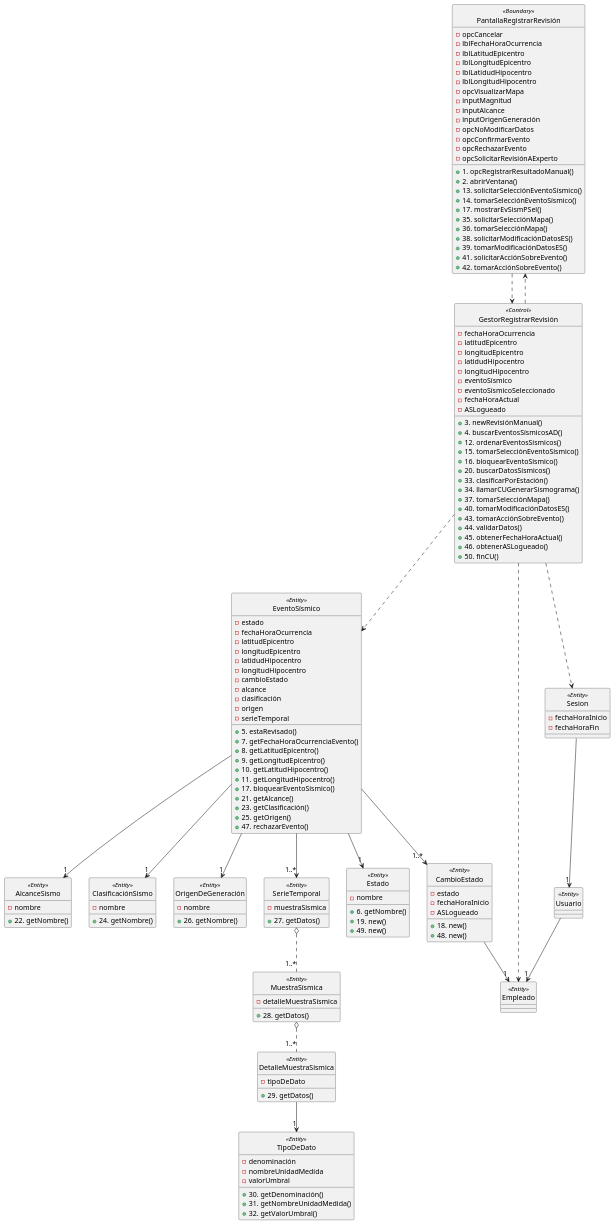
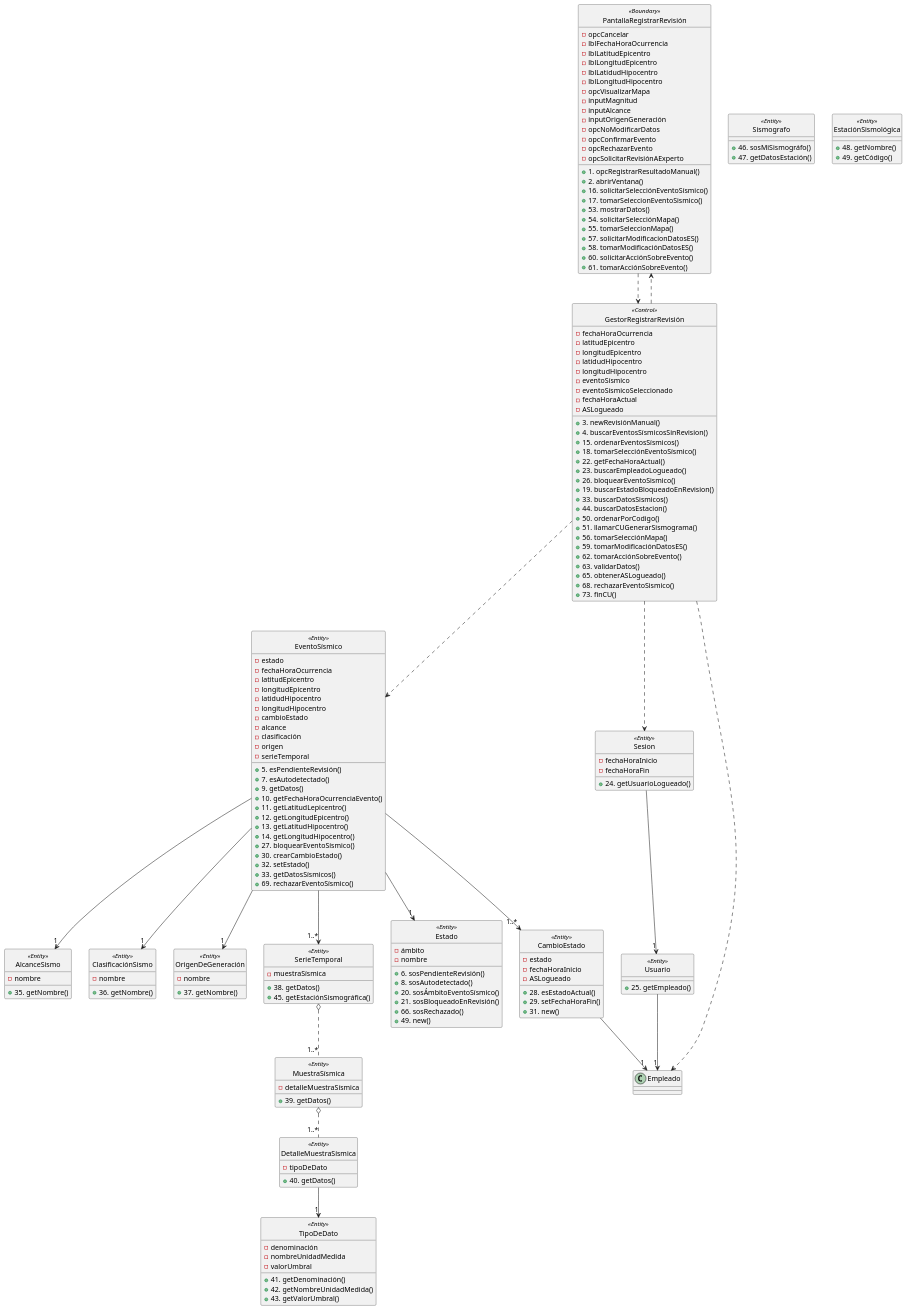
The third of 3 diagrams in diagramas/Diagramas.plantuml (ciggyx/TPI-Grupo7), drawn with PlantUML before and after one commit. The commit also changed other lines of this file, not shown here.

```diff
--- a/diagramas/Diagramas.plantuml
+++ b/diagramas/Diagramas.plantuml
@@ -276,165 +159,195 @@
 @startuml Parte_Estática_CU_23
 hide <<Entity>> circle
 hide <<Boundary>> circle
 hide <<Control>> circle
 class PantallaRegistrarRevisión<<Boundary>>{
     - opcCancelar
     - lblFechaHoraOcurrencia
     - lblLatitudEpicentro
     - lblLongitudEpicentro
     - lblLatidudHipocentro
     - lblLongitudHipocentro
     - opcVisualizarMapa
     - inputMagnitud
     - inputAlcance
     - inputOrigenGeneración
     - opcNoModificarDatos
     - opcConfirmarEvento
     - opcRechazarEvento
     - opcSolicitarRevisiónAExperto
     + 1. opcRegistrarResultadoManual()
     + 2. abrirVentana()
-    + 13. solicitarSelecciónEventoSísmico()
-    + 14. tomarSelecciónEventoSísmico()
-    + 17. mostrarEvSismPSel()
-    + 35. solicitarSelecciónMapa()
-    + 36. tomarSelecciónMapa()
-    + 38. solicitarModificaciónDatosES()
-    + 39. tomarModificaciónDatosES()
-    + 41. solicitarAcciónSobreEvento()
-    + 42. tomarAcciónSobreEvento()
+    + 16. solicitarSelecciónEventoSísmico()
+    + 17. tomarSeleccionEventoSismico()
+    + 53. mostrarDatos()
+    + 54. solicitarSelecciónMapa()
+    + 55. tomarSeleccionMapa()
+    + 57. solicitarModificacionDatosES()
+    + 58. tomarModificaciónDatosES()
+    + 60. solicitarAcciónSobreEvento()
+    + 61. tomarAcciónSobreEvento()
 }
+
 class GestorRegistrarRevisión<<Control>>{
     - fechaHoraOcurrencia
     - latitudEpicentro
     - longitudEpicentro
     - latidudHipocentro
     - longitudHipocentro
     - eventoSísmico
     - eventoSísmicoSeleccionado
     - fechaHoraActual
     - ASLogueado
     + 3. newRevisiónManual()
-    + 4. buscarEventosSísmicosAD()
-    + 12. ordenarEventosSísmicos()
-    + 15. tomarSelecciónEventoSísmico()
-    + 16. bloquearEventoSísmico()
-    + 20. buscarDatosSísmicos()
-    + 33. clasificarPorEstación()
-    + 34. llamarCUGenerarSismograma()
-    + 37. tomarSelecciónMapa()
-    + 40. tomarModificaciónDatosES()
-    + 43. tomarAcciónSobreEvento()
-    + 44. validarDatos()
-    + 45. obtenerFechaHoraActual()
-    + 46. obtenerASLogueado()
-    + 50. finCU()
+    + 4. buscarEventosSísmicosSinRevision()
+    + 15. ordenarEventosSísmicos()
+    + 18. tomarSelecciónEventoSísmico()
+    + 22. getFechaHoraActual()
+    + 23. buscarEmpleadoLogueado()
+    + 26. bloquearEventoSismico()
+    + 19. buscarEstadoBloqueadoEnRevision()
+    + 33. buscarDatosSismicos()
+    + 44. buscarDatosEstacion()
+    + 50. ordenarPorCodigo() 
+    + 51. llamarCUGenerarSismograma()
+    + 56. tomarSelecciónMapa()
+    + 59. tomarModificaciónDatosES()
+    + 62. tomarAcciónSobreEvento()
+    + 63. validarDatos()
+    + 65. obtenerASLogueado()
+    + 68. rechazarEventoSismico()
+    + 73. finCU()
 }
+
 class EventoSísmico<<Entity>>{
     - estado
     - fechaHoraOcurrencia
     - latitudEpicentro
     - longitudEpicentro
     - latidudHipocentro
     - longitudHipocentro
     - cambioEstado
     - alcance
     - clasificación
     - origen
     - serieTemporal
-    + 5. estaRevisado()
-    + 7. getFechaHoraOcurrenciaEvento()
-    + 8. getLatitudEpicentro()
-    + 9. getLongitudEpicentro()
-    + 10. getLatitudHipocentro()
-    + 11. getLongitudHipocentro()
-    + 17. bloquearEventoSísmico()
-    + 21. getAlcance()
-    + 23. getClasificación()
-    + 25. getOrigen()
-    + 47. rechazarEvento()
+    + 5. esPendienteRevisión()
+    + 7. esAutodetectado()
+    + 9. getDatos()
+    + 10. getFechaHoraOcurrenciaEvento()
+    + 11. getLatitudLepicentro()
+    + 12. getLongitudEpicentro()
+    + 13. getLatitudHipocentro()
+    + 14. getLongitudHipocentro()
+    + 27. bloquearEventoSísmico()
+    + 30. crearCambioEstado()
+    + 32. setEstado()
+    + 33. getDatosSísmicos()
+    + 69. rechazarEventoSísmico()
 }
+
 class Estado<<Entity>>{
+    - ámbito
     - nombre
-    + 6. getNombre()
-    + 19. new()
+    + 6. sosPendienteRevisión()
+    + 8. sosAutodetectado()
+    + 20. sosÁmbitoEventoSísmico()
+    + 21. sosBloqueadoEnRevisión()
+    + 66. sosRechazado()
     + 49. new()
 }
+
 class CambioEstado<<Entity>>{
     - estado
     - fechaHoraInicio
     - ASLogueado
-    + 18. new()
-    + 48. new()
+    + 28. esEstadoActual()
+    + 29. setFechaHoraFin()
+    + 31. new()
 }
+
 class AlcanceSismo<<Entity>>{
     - nombre
-    + 22. getNombre()
+    + 35. getNombre()
 }
+
 class ClasificaciónSismo<<Entity>>{
     - nombre
-    + 24. getNombre()
+    + 36. getNombre()
 }
+
 class OrigenDeGeneración<<Entity>>{
     - nombre
-    + 26. getNombre()
+    + 37. getNombre()
 }
+
 class SerieTemporal<<Entity>>{
     - muestraSísmica
-    + 27. getDatos()
+    + 38. getDatos()
+    + 45. getEstaciónSismográfica()
 }
+
 class MuestraSísmica<<Entity>>{
     - detalleMuestraSísmica
-    + 28. getDatos()
+    + 39. getDatos()
 }
+
 class DetalleMuestraSísmica<<Entity>>{
     - tipoDeDato
-    + 29. getDatos()
+    + 40. getDatos()
 }
+
 class TipoDeDato<<Entity>>{
     - denominación
     - nombreUnidadMedida
     - valorUmbral
-    + 30. getDenominación()
-    + 31. getNombreUnidadMedida()
-    + 32. getValorUmbral()
-}
-
-class Empleado<<Entity>>{
+    + 41. getDenominación()
+    + 42. getNombreUnidadMedida()
+    + 43. getValorUmbral()
 }
 
 class Sesion<<Entity>>{
     -fechaHoraInicio
     -fechaHoraFin
+    + 24. getUsuarioLogueado()
 }
 
 class Usuario<<Entity>>{
-
+    + 25. getEmpleado()
 }
 
-GestorRegistrarRevisión ..> Sesion
+class Sismografo<<Entity>>{
+    + 46. sosMiSismográfo()
+    + 47. getDatosEstación()
+}
+
+class EstaciónSismológica<<Entity>>{
+    + 48. getNombre()
+    + 49. getCódigo()
+}
+
 Sesion -->"1" Usuario
 Usuario -->"1" Empleado
 
 PantallaRegistrarRevisión ..> GestorRegistrarRevisión
 
+GestorRegistrarRevisión ..> Sesion
 GestorRegistrarRevisión ..> PantallaRegistrarRevisión
 GestorRegistrarRevisión ..> EventoSísmico
 GestorRegistrarRevisión ..> Empleado
 
 EventoSísmico --> "1" Estado
 EventoSísmico --> "1..*" CambioEstado
 EventoSísmico --> "1" AlcanceSismo
 EventoSísmico --> "1" ClasificaciónSismo
 EventoSísmico --> "1" OrigenDeGeneración
 EventoSísmico --> "1..*" SerieTemporal
 
 CambioEstado --> "1" Empleado
 
 SerieTemporal o.. "1..*" MuestraSísmica
 
 MuestraSísmica o.. "1..*" DetalleMuestraSísmica
 
 DetalleMuestraSísmica --> "1" TipoDeDato
-
 @enduml 
```
